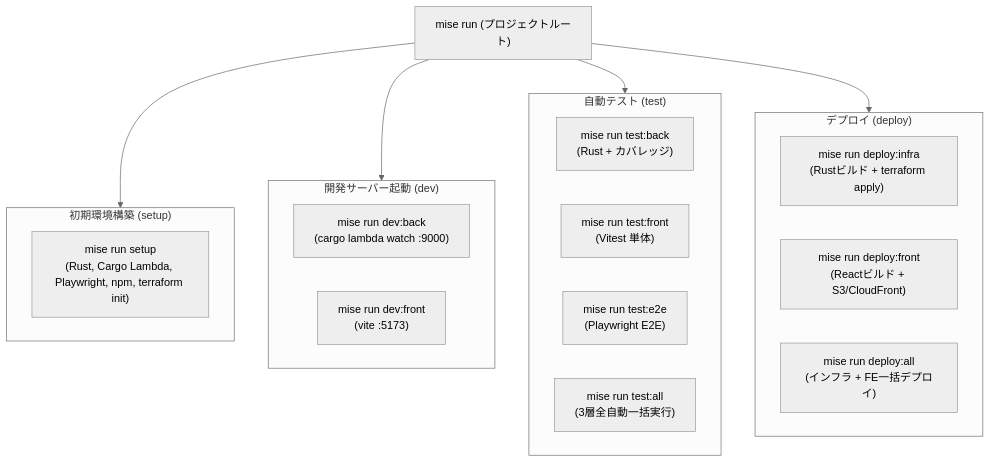
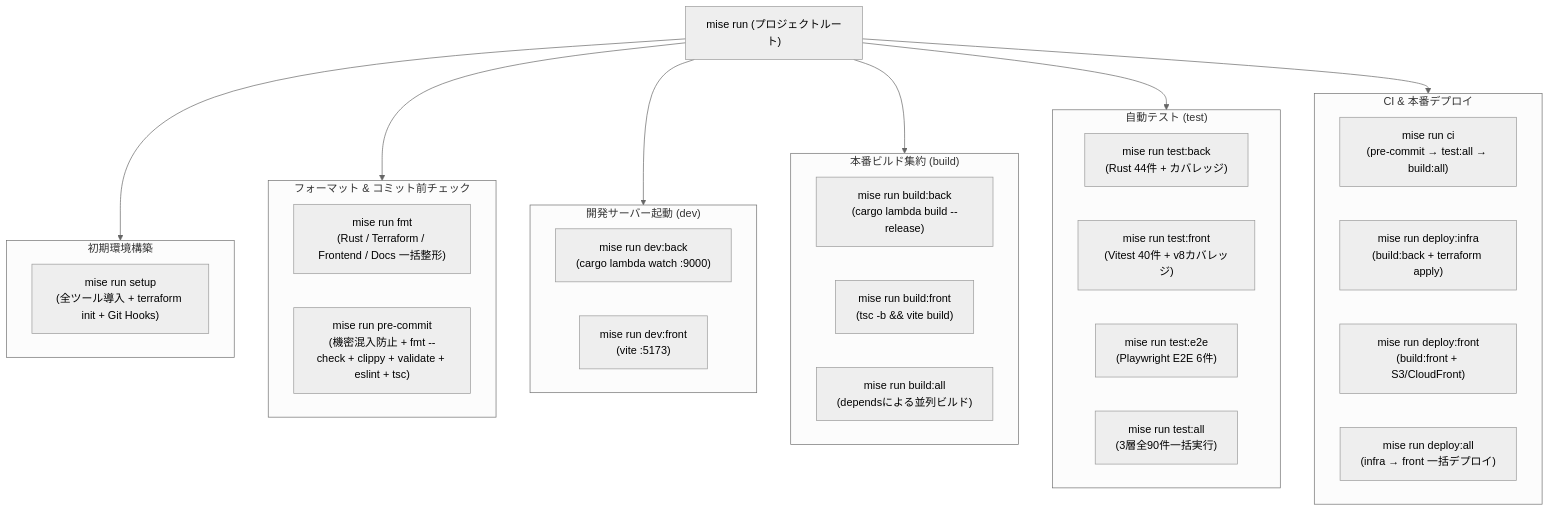
One commit to moden3/ai-english-learner changed the second of 3 diagrams in docs/learning/06_local_dev_strategy.md. Above: the diagram before and after it, drawn with Mermaid (neutral theme). The commit also changed other lines of this file and 21 other files, not shown here.

Commit message:
feat: add deployment workflow, CI AWS secrets, and frontend test coverage

````diff
--- a/docs/learning/06_local_dev_strategy.md
+++ b/docs/learning/06_local_dev_strategy.md
@@ -158,31 +161,45 @@
 ```mermaid
 graph TD
     Mise["mise run (プロジェクトルート)"]
 
-    subgraph Setup ["初期環境構築 (setup)"]
-        T_Setup["mise run setup<br/>(Rust, Cargo Lambda, Playwright, npm, terraform init)"]
+    subgraph Setup ["初期環境構築"]
+        T_Setup["mise run setup<br/>(全ツール導入 + terraform init + Git Hooks)"]
+    end
+
+    subgraph Quality ["フォーマット & コミット前チェック"]
+        T_Fmt["mise run fmt<br/>(Rust / Terraform / Frontend / Docs 一括整形)"]
+        T_PreCommit["mise run pre-commit<br/>(機密混入防止 + fmt --check + clippy + validate + eslint + tsc)"]
     end
 
     subgraph Dev ["開発サーバー起動 (dev)"]
         T_DevBack["mise run dev:back<br/>(cargo lambda watch :9000)"]
         T_DevFront["mise run dev:front<br/>(vite :5173)"]
     end
 
-    subgraph Test ["自動テスト (test)"]
-        T_TestBack["mise run test:back<br/>(Rust + カバレッジ)"]
-        T_TestFront["mise run test:front<br/>(Vitest 単体)"]
-        T_TestE2E["mise run test:e2e<br/>(Playwright E2E)"]
-        T_TestAll["mise run test:all<br/>(3層全自動一括実行)"]
+    subgraph Build ["本番ビルド集約 (build)"]
+        T_BuildBack["mise run build:back<br/>(cargo lambda build --release)"]
+        T_BuildFront["mise run build:front<br/>(tsc -b && vite build)"]
+        T_BuildAll["mise run build:all<br/>(dependsによる並列ビルド)"]
     end
 
-    subgraph Deploy ["デプロイ (deploy)"]
-        T_DepInfra["mise run deploy:infra<br/>(Rustビルド + terraform apply)"]
-        T_DepFront["mise run deploy:front<br/>(Reactビルド + S3/CloudFront)"]
-        T_DepAll["mise run deploy:all<br/>(インフラ + FE一括デプロイ)"]
+    subgraph Test ["自動テスト (test)"]
+        T_TestBack["mise run test:back<br/>(Rust 44件 + カバレッジ)"]
+        T_TestFront["mise run test:front<br/>(Vitest 40件 + v8カバレッジ)"]
+        T_TestE2E["mise run test:e2e<br/>(Playwright E2E 6件)"]
+        T_TestAll["mise run test:all<br/>(3層全90件一括実行)"]
+    end
+
+    subgraph CI_Deploy ["CI & 本番デプロイ"]
+        T_CI["mise run ci<br/>(pre-commit → test:all → build:all)"]
+        T_DepInfra["mise run deploy:infra<br/>(build:back + terraform apply)"]
+        T_DepFront["mise run deploy:front<br/>(build:front + S3/CloudFront)"]
+        T_DepAll["mise run deploy:all<br/>(infra → front 一括デプロイ)"]
     end
 
     Mise --> Setup
+    Mise --> Quality
     Mise --> Dev
+    Mise --> Build
     Mise --> Test
-    Mise --> Deploy
+    Mise --> CI_Deploy
 ```
````
